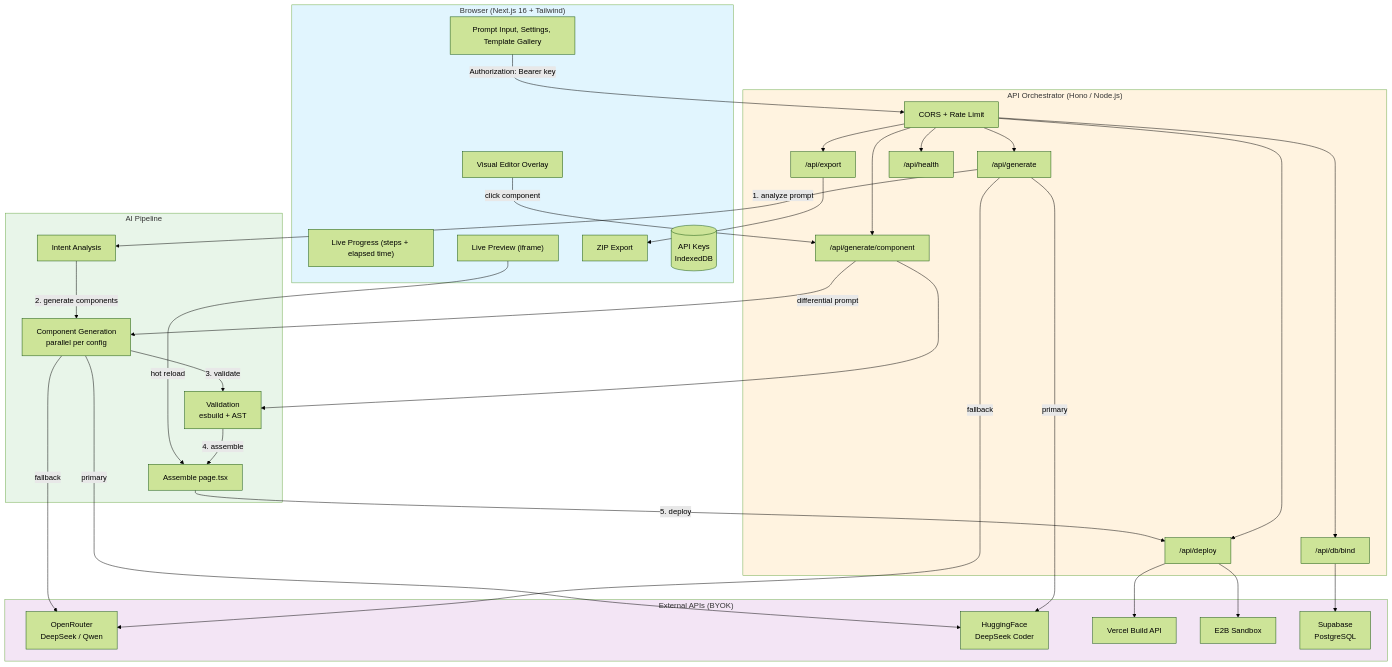
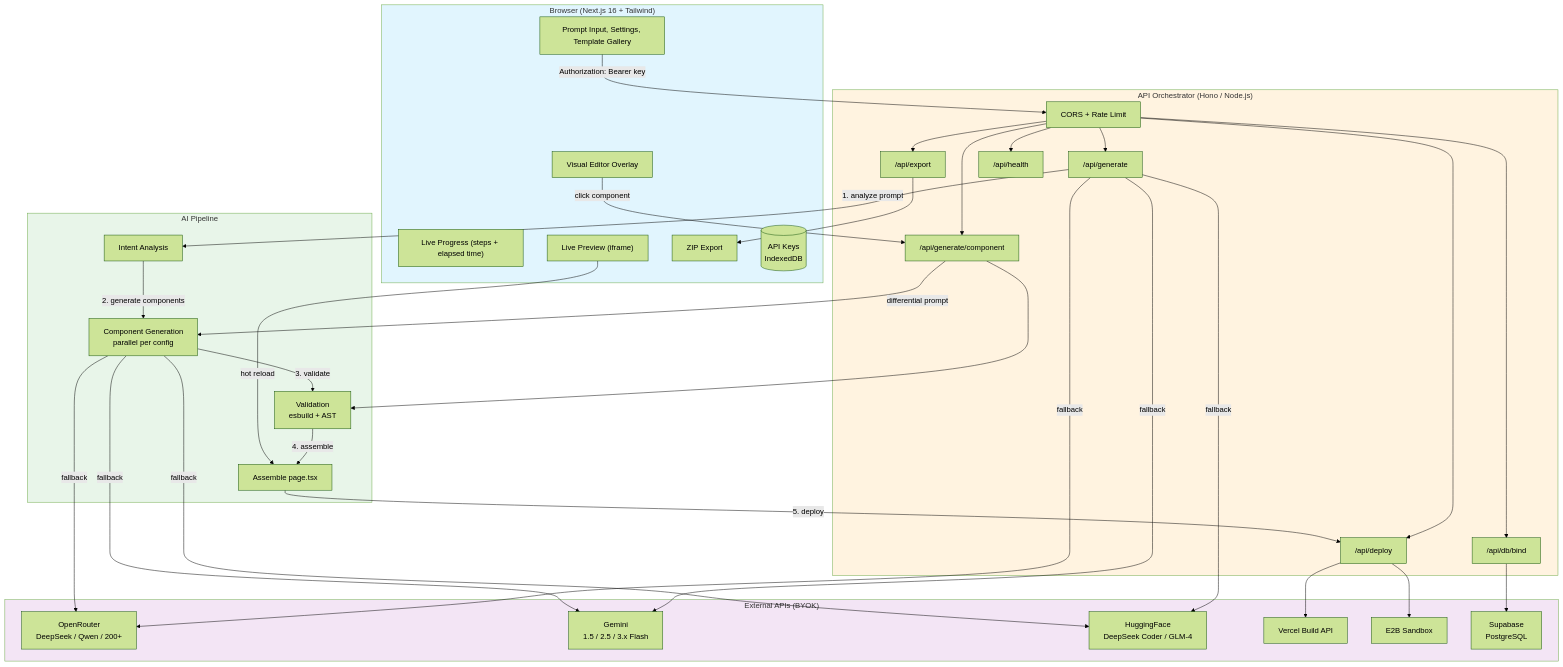
The first of 2 diagrams in docs/architecture.md (ezpectus/forgeai), drawn with Mermaid (forest theme) before and after one commit. The commit also changed other lines of this file and 7 other files, not shown here.

````diff
--- a/docs/architecture.md
+++ b/docs/architecture.md
@@ -9,70 +9,73 @@
 ```mermaid
 flowchart TB
     subgraph Browser["Browser (Next.js 16 + Tailwind)"]
         UI["Prompt Input, Settings, Template Gallery"]
         Progress["Live Progress (steps + elapsed time)"]
         Preview["Live Preview (iframe)"]
         Editor["Visual Editor Overlay"]
         Export["ZIP Export"]
         Keys[("API Keys<br/>IndexedDB")]
     end
 
     subgraph Orchestrator["API Orchestrator (Hono / Node.js)"]
         CORS["CORS + Rate Limit"]
         GenAPI["/api/generate"]
         CompAPI["/api/generate/component"]
         DeployAPI["/api/deploy"]
         ExportAPI["/api/export"]
         DbAPI["/api/db/bind"]
         HealthAPI["/api/health"]
     end
 
     subgraph AIPipeline["AI Pipeline"]
         Intent["Intent Analysis"]
         ComponentGen["Component Generation<br/>parallel per config"]
         Validate["Validation<br/>esbuild + AST"]
         Assemble["Assemble page.tsx"]
     end
 
     subgraph Providers["External APIs (BYOK)"]
-        OpenRouter["OpenRouter<br/>DeepSeek / Qwen"]
-        HuggingFace["HuggingFace<br/>DeepSeek Coder"]
+        OpenRouter["OpenRouter<br/>DeepSeek / Qwen / 200+"]
+        Gemini["Gemini<br/>1.5 / 2.5 / 3.x Flash"]
+        HuggingFace["HuggingFace<br/>DeepSeek Coder / GLM-4"]
         Vercel["Vercel Build API"]
         E2B["E2B Sandbox"]
         Supabase["Supabase<br/>PostgreSQL"]
     end
 
     UI -->|Authorization: Bearer key| CORS
     CORS --> GenAPI
     CORS --> CompAPI
     CORS --> DeployAPI
     CORS --> ExportAPI
     CORS --> DbAPI
     CORS --> HealthAPI
 
     GenAPI -->|1. analyze prompt| Intent
     Intent -->|2. generate components| ComponentGen
     ComponentGen -->|3. validate| Validate
     Validate -->|4. assemble| Assemble
     Assemble -->|5. deploy| DeployAPI
     DeployAPI --> Vercel
     DeployAPI --> E2B
     ExportAPI --> Export
     DbAPI --> Supabase
 
     GenAPI -->|fallback| OpenRouter
-    GenAPI -->|primary| HuggingFace
+    GenAPI -->|fallback| Gemini
+    GenAPI -->|fallback| HuggingFace
     ComponentGen -->|fallback| OpenRouter
-    ComponentGen -->|primary| HuggingFace
+    ComponentGen -->|fallback| Gemini
+    ComponentGen -->|fallback| HuggingFace
 
     CompAPI -->|differential prompt| ComponentGen
     CompAPI --> Validate
 
     Preview -->|hot reload| Assemble
     Editor -->|click component| CompAPI
 
     style Browser fill:#e1f5fe
     style Orchestrator fill:#fff3e0
     style AIPipeline fill:#e8f5e9
     style Providers fill:#f3e5f5
 ```
````
